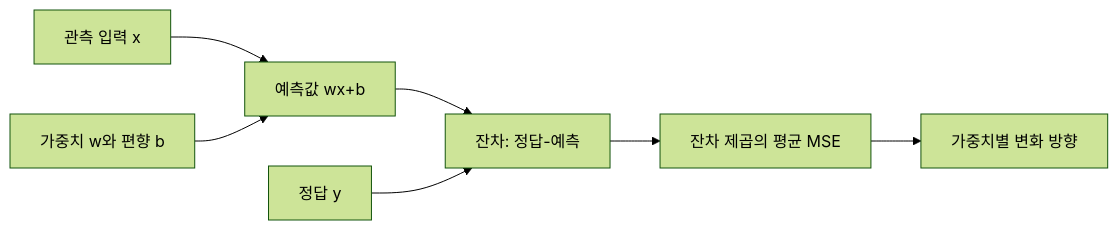
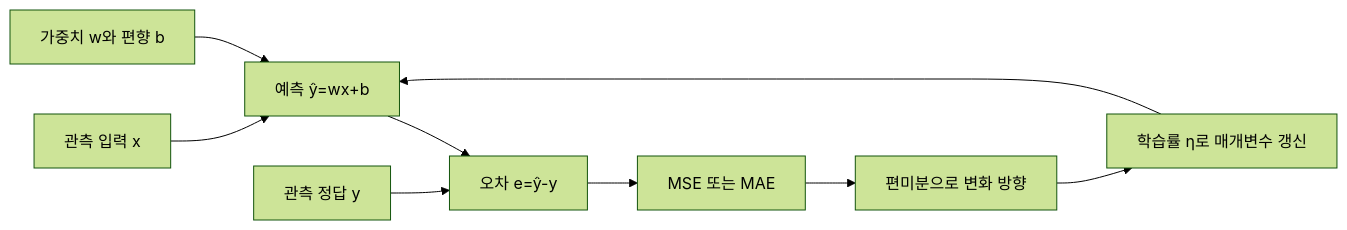
The diagram in learning/machine-learning/02-linear-regression-and-loss.md (mj006648/netai-devsecops-runbook), drawn with Mermaid (forest theme) before and after one commit. The commit also changed other lines of this file and 62 other files, not shown here.

````diff
--- a/learning/machine-learning/02-linear-regression-and-loss.md
+++ b/learning/machine-learning/02-linear-regression-and-loss.md
@@ -65,9 +322,11 @@
-```mermaid
+~~~mermaid
 flowchart LR
-    X[관측 입력 x] --> P[예측값 wx+b]
+    X[관측 입력 x] --> P[예측 ŷ=wx+b]
     W[가중치 w와 편향 b] --> P
-    P --> R[잔차: 정답-예측]
-    Y[정답 y] --> R
-    R --> L[잔차 제곱의 평균 MSE]
-    L --> G[가중치별 변화 방향]
-```
+    P --> R[오차 e=ŷ-y]
+    Y[관측 정답 y] --> R
+    R --> L[MSE 또는 MAE]
+    L --> G[편미분으로 변화 방향]
+    G --> U[학습률 η로 매개변수 갱신]
+    U --> P
+~~~
````
